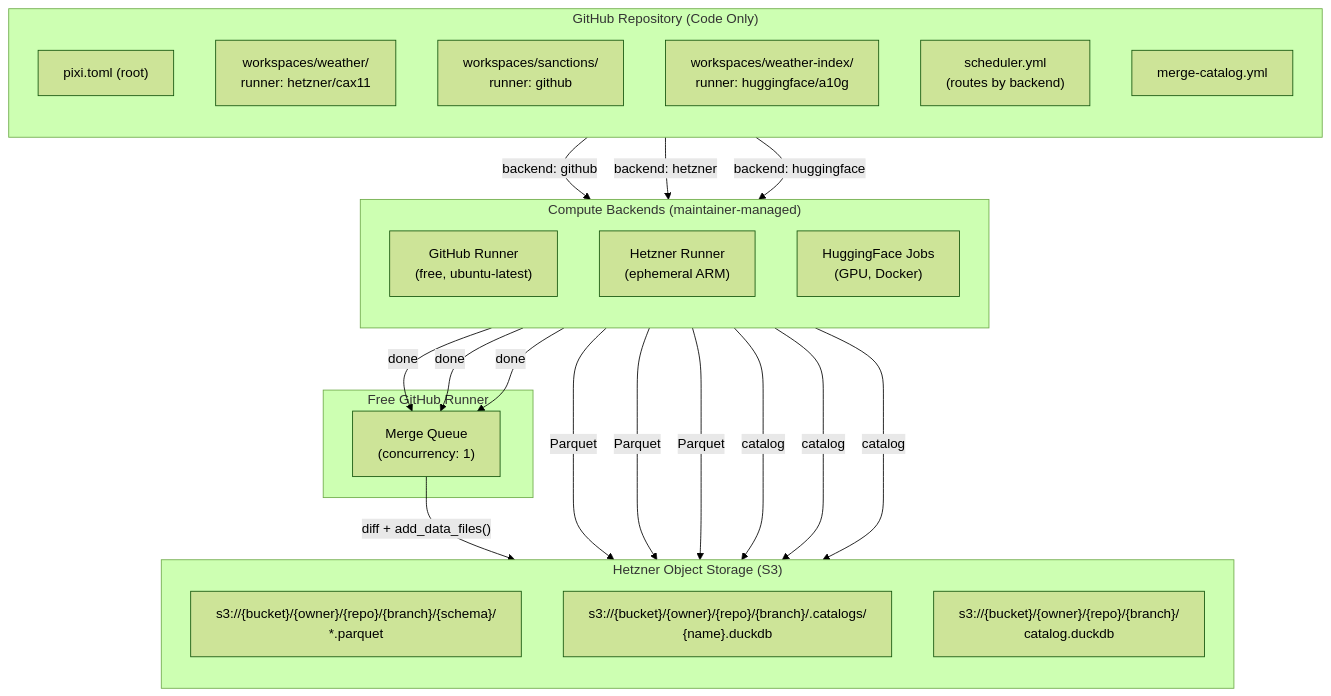
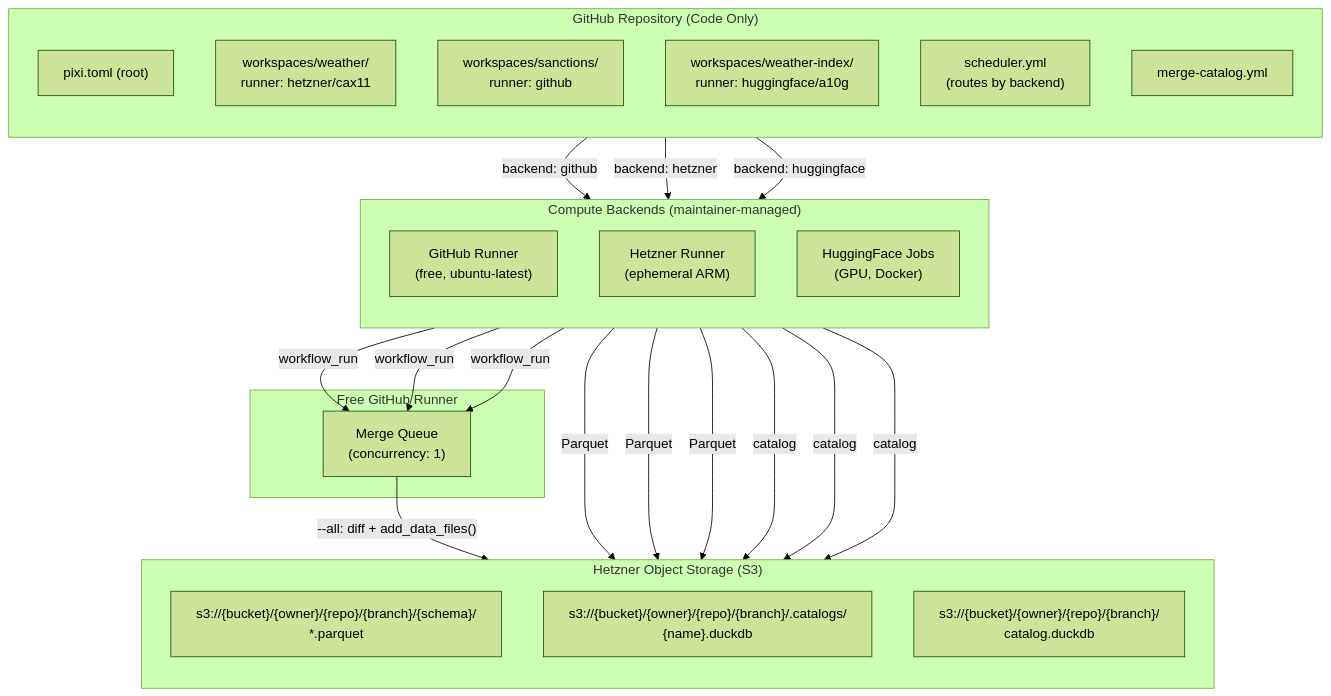
The first of 5 diagrams in research/architecture.md (tabaqatdev/ai-data-registry), drawn with Mermaid (forest theme) before and after one commit. The commit also changed other lines of this file and 7 other files, not shown here.

````diff
--- a/research/architecture.md
+++ b/research/architecture.md
@@ -19,39 +19,39 @@
 ```mermaid
 graph TB
     subgraph "GitHub Repository (Code Only)"
         direction TB
         ROOT["pixi.toml (root)"]
         WS_A["workspaces/weather/<br/>runner: hetzner/cax11"]
         WS_B["workspaces/sanctions/<br/>runner: github"]
         WS_C["workspaces/weather-index/<br/>runner: huggingface/a10g"]
         SCHED["scheduler.yml<br/>(routes by backend)"]
         MERGE_WF["merge-catalog.yml"]
     end
 
     subgraph "Compute Backends (maintainer-managed)"
         direction TB
         GH["GitHub Runner<br/>(free, ubuntu-latest)"]
         HZ["Hetzner Runner<br/>(ephemeral ARM)"]
         HF["HuggingFace Jobs<br/>(GPU, Docker)"]
     end
 
     subgraph "Hetzner Object Storage (S3)"
         direction TB
         S3["s3://{bucket}/{owner}/{repo}/{branch}/{schema}/<br/>*.parquet"]
         CATS["s3://{bucket}/{owner}/{repo}/{branch}/.catalogs/<br/>{name}.duckdb"]
         GLOBAL["s3://{bucket}/{owner}/{repo}/{branch}/<br/>catalog.duckdb"]
     end
 
     subgraph "Free GitHub Runner"
         MQ["Merge Queue<br/>(concurrency: 1)"]
     end
 
     SCHED -->|"backend: github"| GH
     SCHED -->|"backend: hetzner"| HZ
     SCHED -->|"backend: huggingface"| HF
 
     GH & HZ & HF -->|"Parquet"| S3
     GH & HZ & HF -->|"catalog"| CATS
-    GH & HZ & HF -->|"done"| MQ
-    MQ -->|"diff + add_data_files()"| GLOBAL
+    GH & HZ & HF -->|"workflow_run"| MQ
+    MQ -->|"--all: diff + add_data_files()"| GLOBAL
 ```
````
